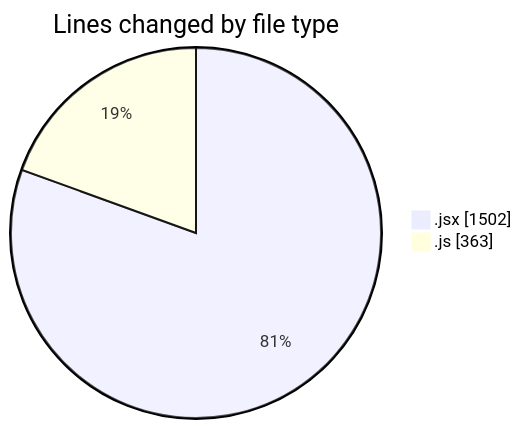
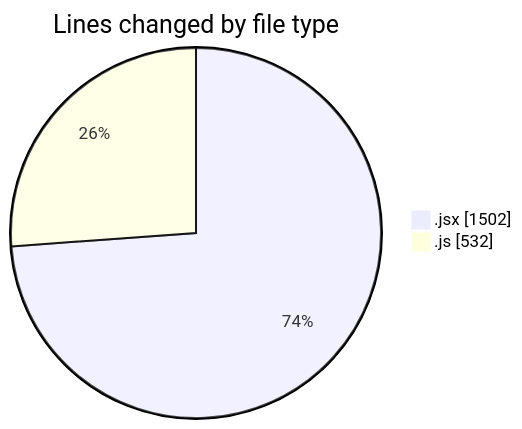
The first of 2 diagrams in 2025-11-06/nxtqube_webapp/README.md (nxtqubesakshisongat/code-tracking), drawn with Mermaid before and after one commit. The commit also changed other lines of this file and 1 other file, not shown here.

````diff
--- a/2025-11-06/nxtqube_webapp/README.md
+++ b/2025-11-06/nxtqube_webapp/README.md
@@ -24,6 +25,6 @@
 ```mermaid
 pie showData
 title Lines changed by file type
 ".jsx" : 1502
-".js" : 363
+".js" : 532
 ```
````
